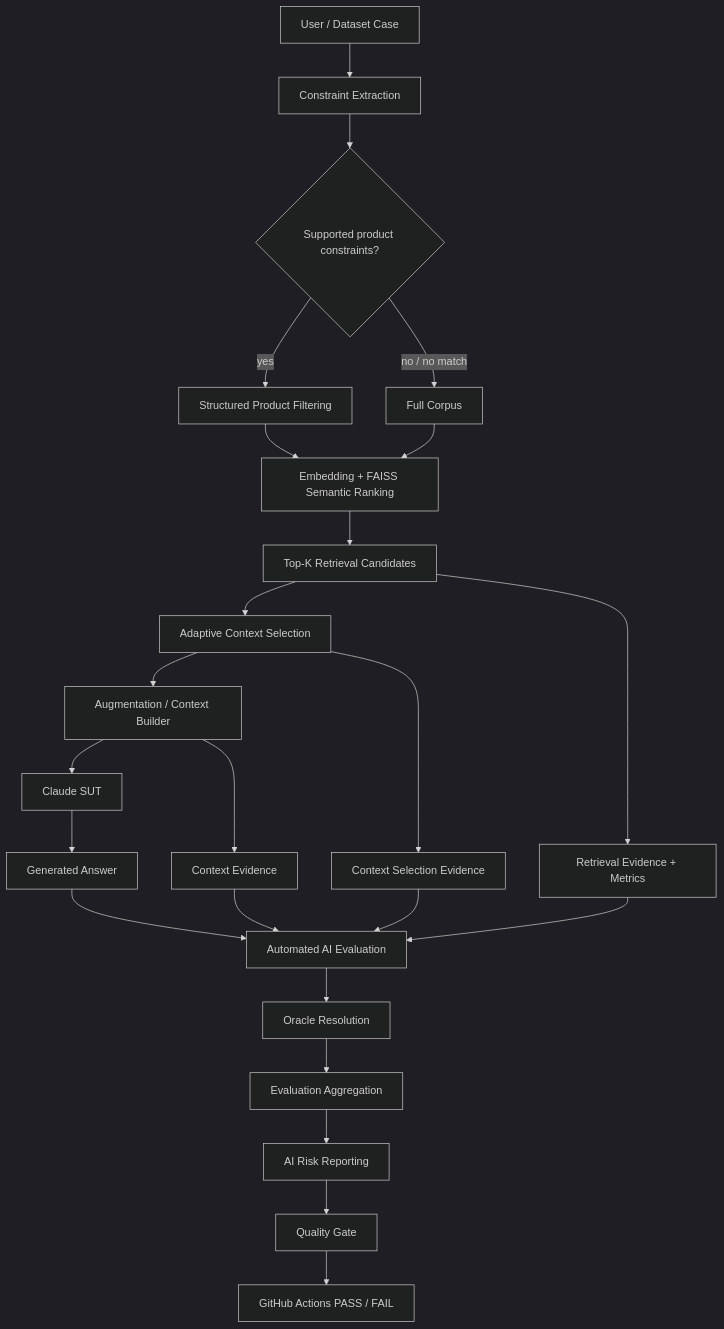
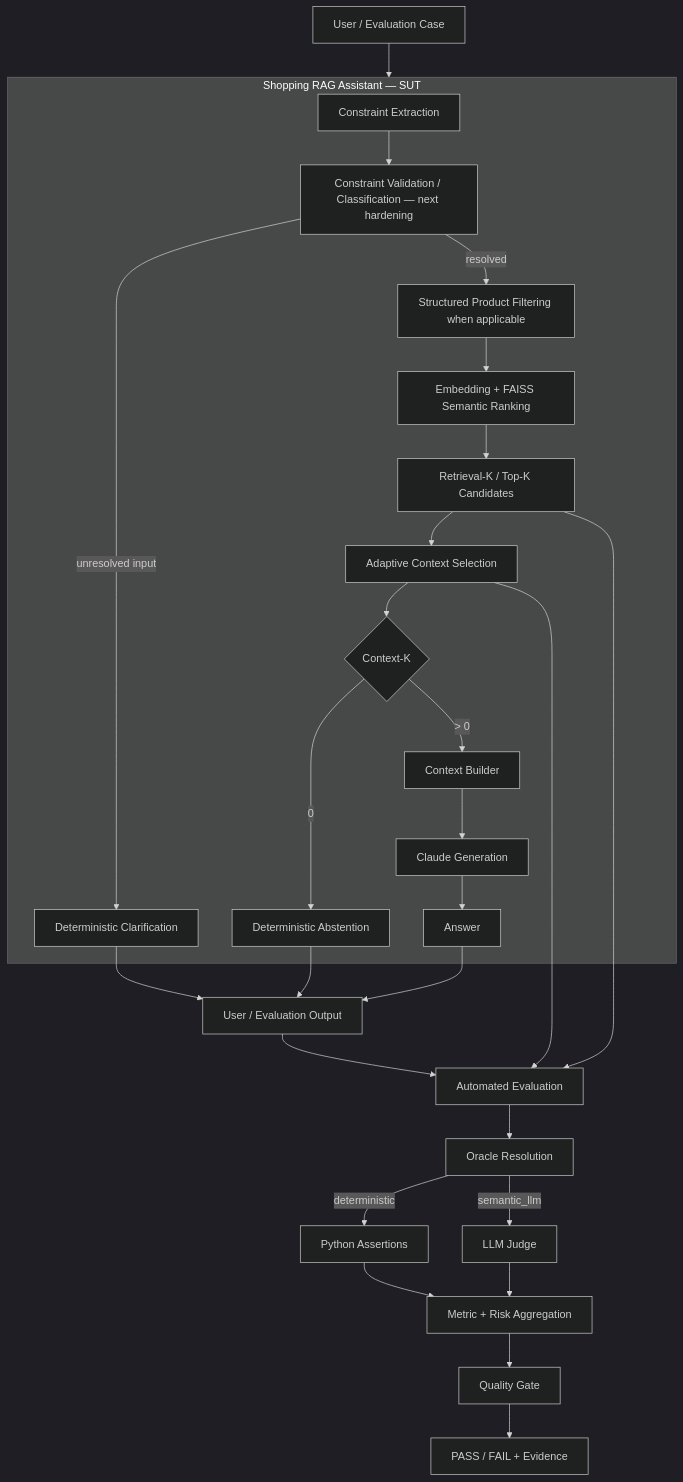
One commit to oleksandrserhieiev-beep/ai-qe-lab changed the first of 8 diagrams in docs/architecture.md. Above: the diagram before and after it, drawn with Mermaid (dark theme). The commit also changed other lines of this file, not shown here.

Commit message:
Separate SUT evaluation validation and CI pipelines

````diff
--- a/docs/architecture.md
+++ b/docs/architecture.md
@@ -11,28 +13,33 @@
 ```mermaid
 flowchart TD
-    U[User / Dataset Case] --> C[Constraint Extraction]
-    C --> D{Supported product constraints?}
-    D -->|yes| F[Structured Product Filtering]
-    D -->|no / no match| ALL[Full Corpus]
-    F --> E[Embedding + FAISS Semantic Ranking]
-    ALL --> E
-    E --> R[Top-K Retrieval Candidates]
-    R --> AK[Adaptive Context Selection]
-    AK --> B[Augmentation / Context Builder]
-    B --> S[Claude SUT]
-    S --> A[Generated Answer]
+    U[User / Evaluation Case] --> SUT
 
-    R --> RM[Retrieval Evidence + Metrics]
-    AK --> CS[Context Selection Evidence]
-    B --> CE[Context Evidence]
-    A --> AE[Automated AI Evaluation]
-    RM --> AE
-    CS --> AE
-    CE --> AE
+    subgraph SUT[Shopping RAG Assistant — SUT]
+      CE[Constraint Extraction] --> CV[Constraint Validation / Classification — next hardening]
+      CV -->|unresolved input| CL[Deterministic Clarification]
+      CV -->|resolved| SF[Structured Product Filtering when applicable]
+      SF --> SR[Embedding + FAISS Semantic Ranking]
+      SR --> RK[Retrieval-K / Top-K Candidates]
+      RK --> AS[Adaptive Context Selection]
+      AS --> CK{Context-K}
+      CK -->|0| AB[Deterministic Abstention]
+      CK -->|> 0| CB[Context Builder]
+      CB --> LLM[Claude Generation]
+      LLM --> ANS[Answer]
+    end
 
-    AE --> OR[Oracle Resolution]
-    OR --> AGG[Evaluation Aggregation]
-    AGG --> RR[AI Risk Reporting]
-    RR --> G[Quality Gate]
-    G --> CI[GitHub Actions PASS / FAIL]
+    CL --> OUT[User / Evaluation Output]
+    AB --> OUT
+    ANS --> OUT
+
+    OUT --> EV[Automated Evaluation]
+    RK --> EV
+    AS --> EV
+    EV --> OR[Oracle Resolution]
+    OR -->|deterministic| PY[Python Assertions]
+    OR -->|semantic_llm| J[LLM Judge]
+    PY --> AG[Metric + Risk Aggregation]
+    J --> AG
+    AG --> G[Quality Gate]
+    G --> CI[PASS / FAIL + Evidence]
 ```
````
